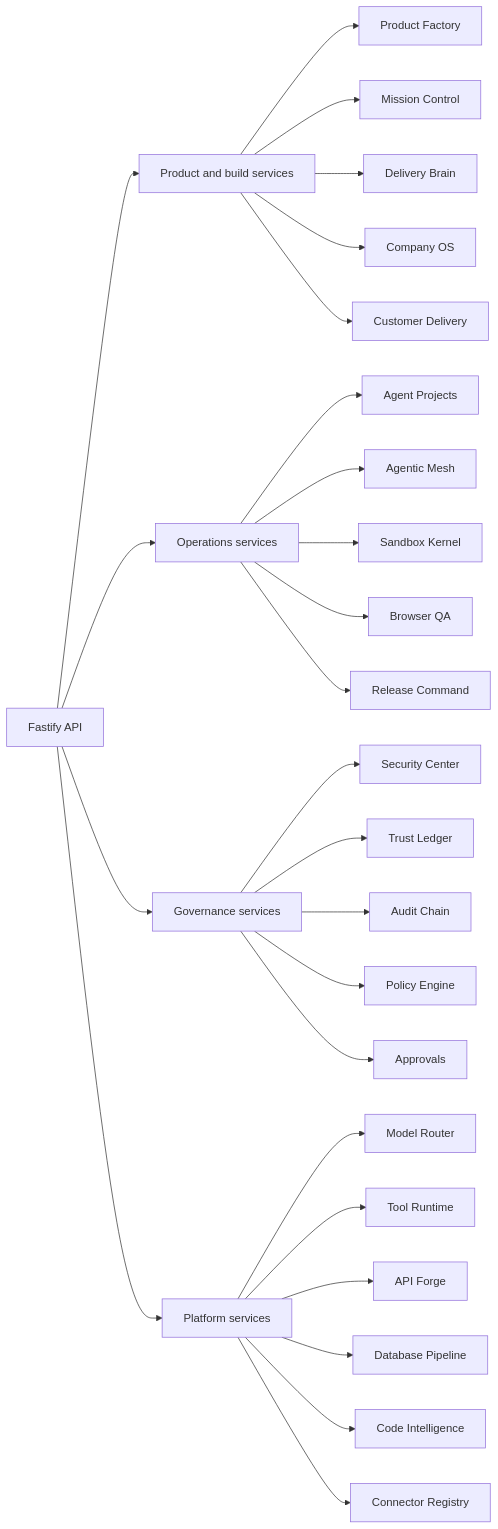
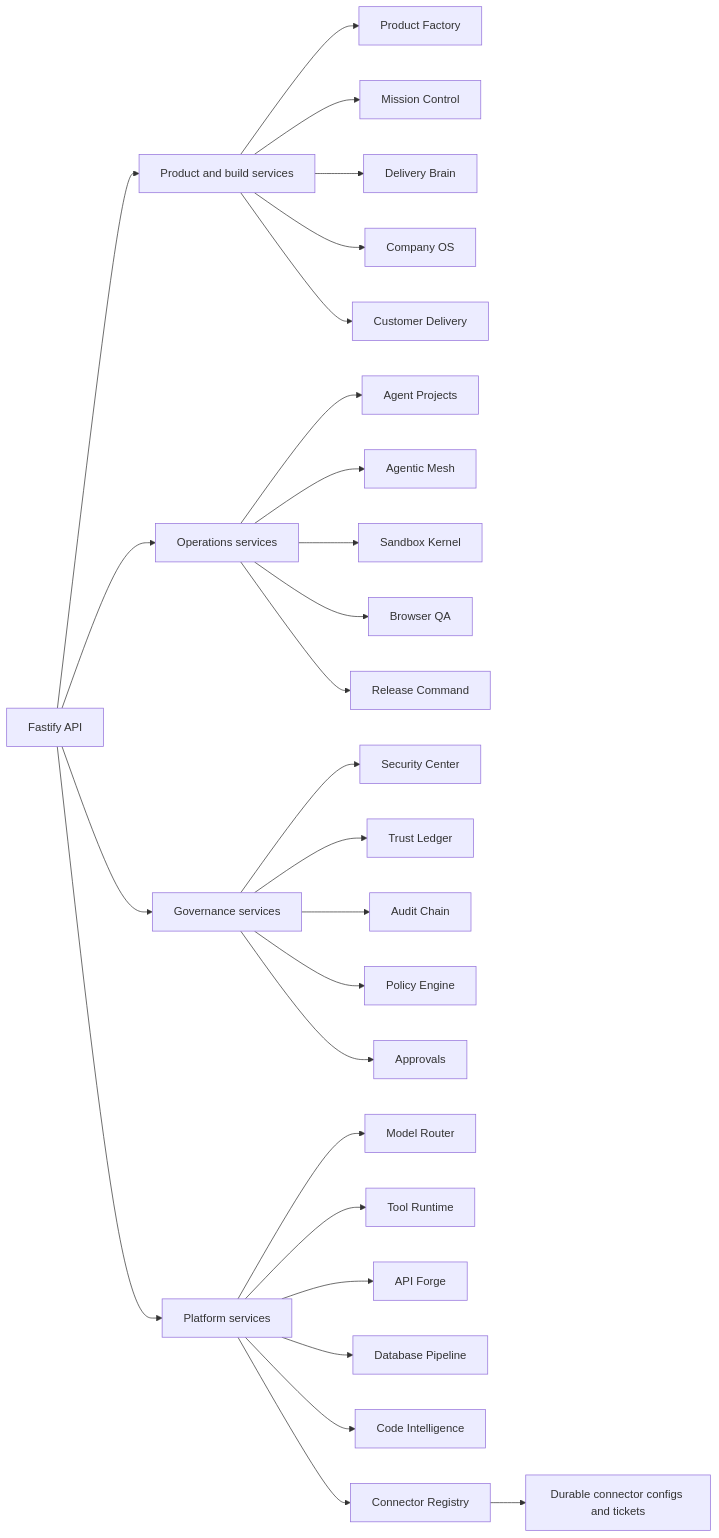
One commit to Cholarajarp/AXON-IT-Agentic-OS changed the second of 7 diagrams in README.md. Above: the diagram before and after it, drawn with Mermaid. The commit also changed other lines of this file and 131 other files, not shown here.

````diff
--- a/README.md
+++ b/README.md
@@ -111,32 +141,33 @@
 ```mermaid
 flowchart LR
   Fastify[Fastify API] --> Build[Product and build services]
   Fastify --> Ops[Operations services]
   Fastify --> Governance[Governance services]
   Fastify --> Platform[Platform services]
 
   Build --> ProductFactory[Product Factory]
   Build --> MissionControl[Mission Control]
   Build --> DeliveryBrain[Delivery Brain]
   Build --> CompanyOS[Company OS]
   Build --> CustomerDelivery[Customer Delivery]
 
   Ops --> AgentProjects[Agent Projects]
   Ops --> AgenticMesh[Agentic Mesh]
   Ops --> SandboxKernel[Sandbox Kernel]
   Ops --> BrowserQA[Browser QA]
   Ops --> ReleaseCommand[Release Command]
 
   Governance --> SecurityCenter[Security Center]
   Governance --> TrustLedger[Trust Ledger]
   Governance --> AuditChain[Audit Chain]
   Governance --> PolicyEngine[Policy Engine]
   Governance --> Approvals[Approvals]
 
   Platform --> ModelRouter[Model Router]
   Platform --> ToolRuntime[Tool Runtime]
   Platform --> ApiForge[API Forge]
   Platform --> DatabasePipeline[Database Pipeline]
   Platform --> CodeIntel[Code Intelligence]
   Platform --> Integrations[Connector Registry]
+  Integrations --> ConnectorDurableState[Durable connector configs and tickets]
 ```
````
